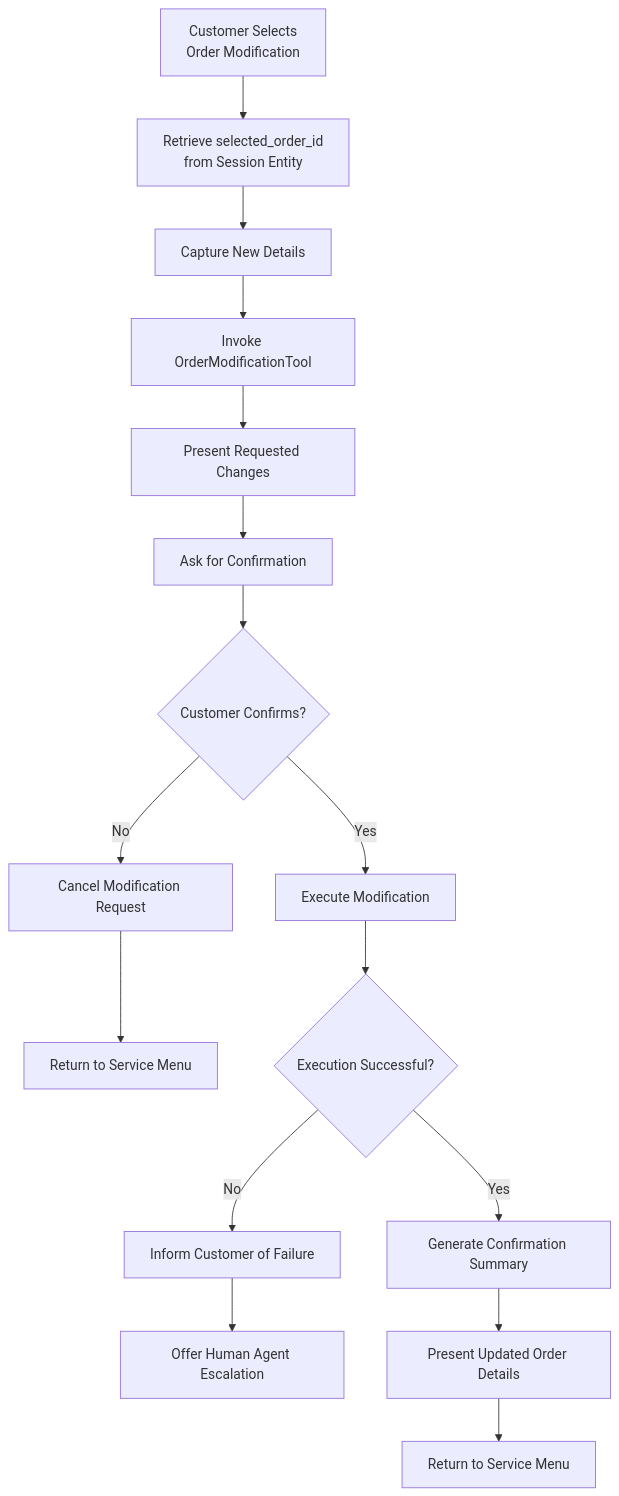
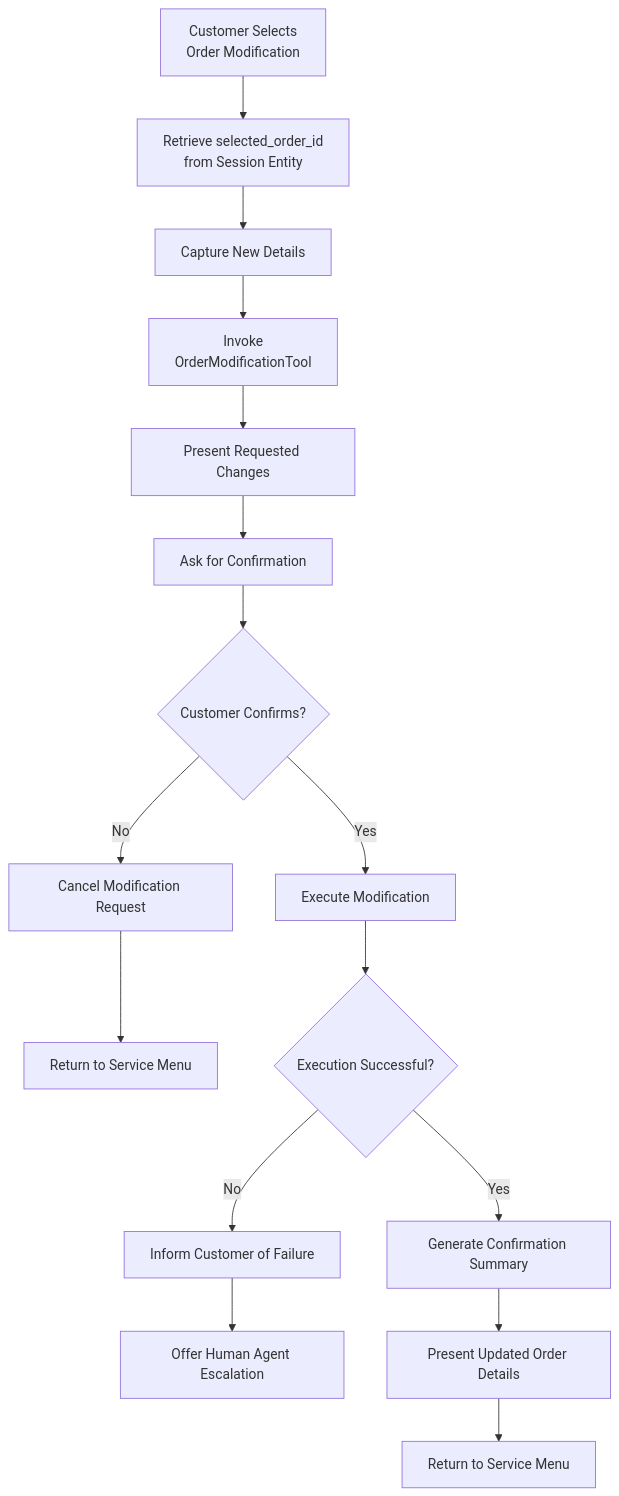
One commit to anshikasaini12/retail-cx-voice-agent-gcp changed the diagram in diagrams/order_modification_flow.mmd. Above: the diagram before and after it, drawn with Mermaid.

```diff
--- a/diagrams/order_modification_flow.mmd
+++ b/diagrams/order_modification_flow.mmd
@@ -1,16 +1,16 @@
 flowchart TB
     A["Customer Selects<br>Order Modification"] --> B["Retrieve selected_order_id<br>from Session Entity"]
-    G["Capture New Details"] --> H["Invoke OrderModificationTool"]
+    G["Capture New Details"] --> H["Invoke <br/> OrderModificationTool"]
     L["Present Requested Changes"] --> M["Ask for Confirmation"]
     M --> N{"Customer Confirms?"}
     N -- No --> O["Cancel Modification Request"]
     O --> K["Return to Service Menu"]
     N -- Yes --> P["Execute Modification"]
     P --> Q{"Execution Successful?"}
     Q -- No --> R["Inform Customer of Failure"]
     R --> S["Offer Human Agent Escalation"]
     Q -- Yes --> T["Generate Confirmation Summary"]
     T --> U["Present Updated Order Details"]
     U --> V["Return to Service Menu"]
     B --> G
     H --> L
```
